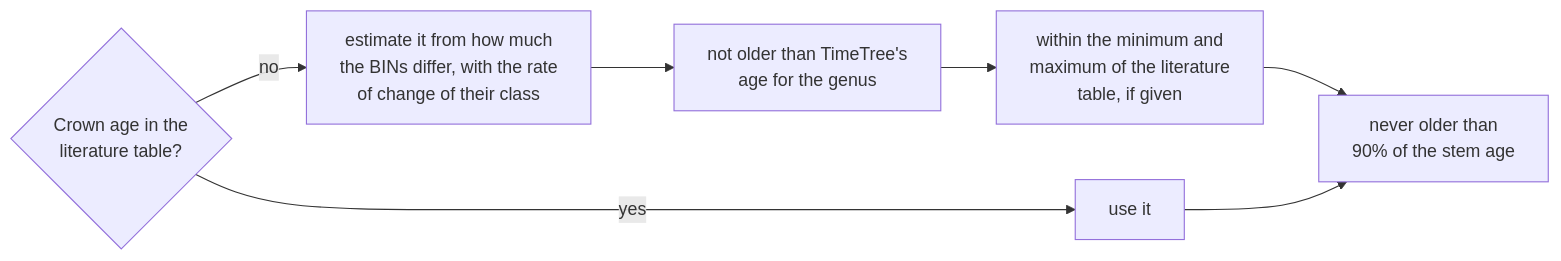
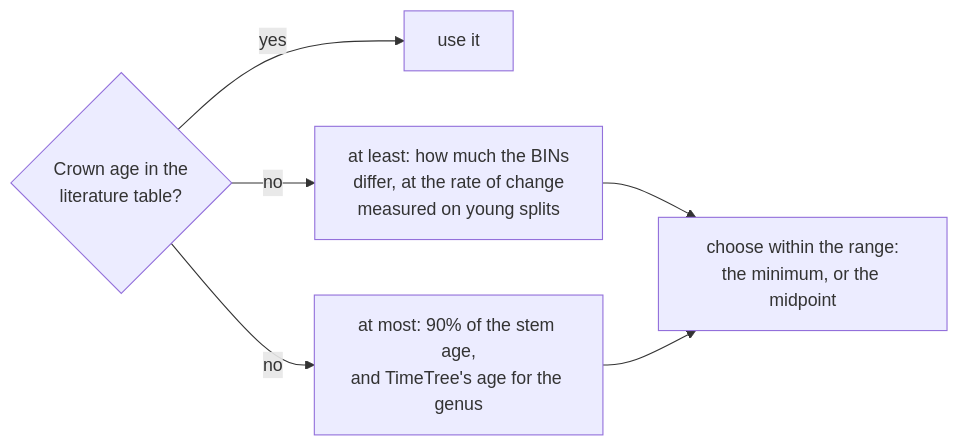
The third of 5 diagrams in docs/science/how-it-works.md (naturalis/timegraft), drawn with Mermaid before and after one commit. The commit also changed other lines of this file and 24 other files, not shown here.

````diff
--- a/docs/science/how-it-works.md
+++ b/docs/science/how-it-works.md
@@ -64,9 +64,8 @@
 ```mermaid
 flowchart LR
     q{"Crown age in the<br/>literature table?"} -->|"yes"| use1["use it"]
-    q -->|"no"| rate["estimate it from how much<br/>the BINs differ, with the rate<br/>of change of their class"]
-    rate --> b1["not older than TimeTree's<br/>age for the genus"]
-    b1 --> b2["within the minimum and<br/>maximum of the literature<br/>table, if given"]
-    b2 --> cap["never older than<br/>90% of the stem age"]
-    use1 --> cap
+    q -->|"no"| low["at least: how much the BINs<br/>differ, at the rate of change<br/>measured on young splits"]
+    q -->|"no"| up["at most: 90% of the stem age,<br/>and TimeTree's age for the genus"]
+    low --> pick["choose within the range:<br/>the minimum, or the midpoint"]
+    up --> pick
 ```
````
